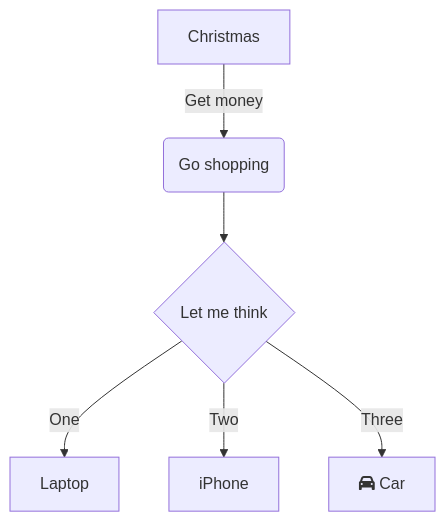
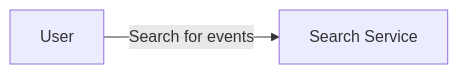
Before and after one commit to canda/javascript-excercises: the diagram in src/system-design/ticketmaster/ticketmaster.mmd, drawn with Mermaid. The commit also changed other lines of this file, not shown here.

Commit message:
Mar 1, 2026, 12:04 PM

```diff
--- a/src/system-design/ticketmaster/ticketmaster.mmd
+++ b/src/system-design/ticketmaster/ticketmaster.mmd
@@ -1,16 +1,18 @@
 %% Functional requirements
 %%   - Search for events
 %%   - View event details
 %%   - Purchase tickets
 %%   - View purchased tickets
 
 %% Non-functional requirements
 %%   - Many users should be able to search and purchase tickets simultaneously without performance degradation.
 %%   - Millions of simultaneous users trying to purchase tickets for popular events should not cause the system to crash.
 
-flowchart TD
-    A[Christmas] -->|Get money| B(Go shopping)
-    B --> C{Let me think}
-    C -->|One| D[Laptop]
-    C -->|Two| E[iPhone]
-    C -->|Three| F[fa:fa-car Car]
+%% API
+%% /search?q={query} - GET -  Search for events
+%% /events/{event_id} - GET -  Get event details
+%% /payment-method - POST -  create a payment method (POST request with payment token from stripe)
+%% /purchase - POST -  Purchase tickets (POST request with event_id, quantity, and payment method id)
+
+flowchart LR
+  U[User] -->|Search for events| S[Search Service]
```
